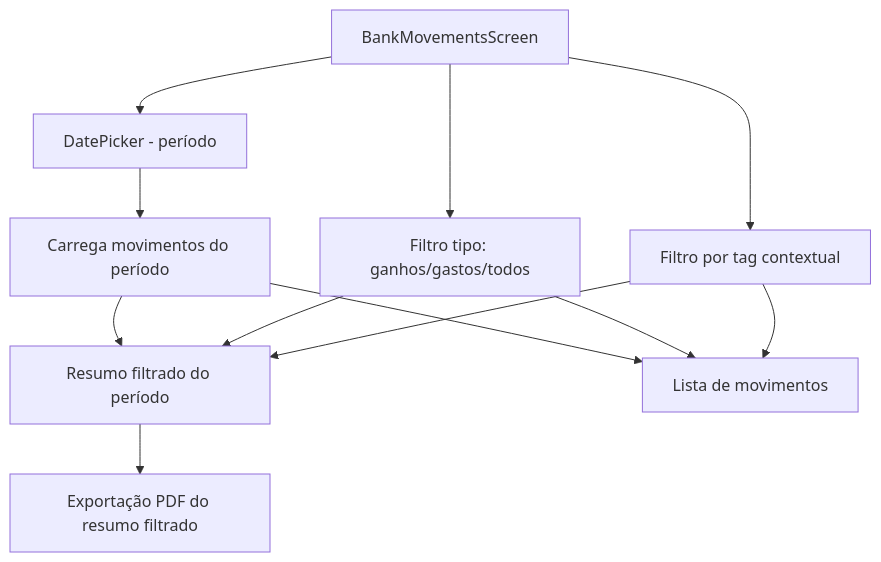
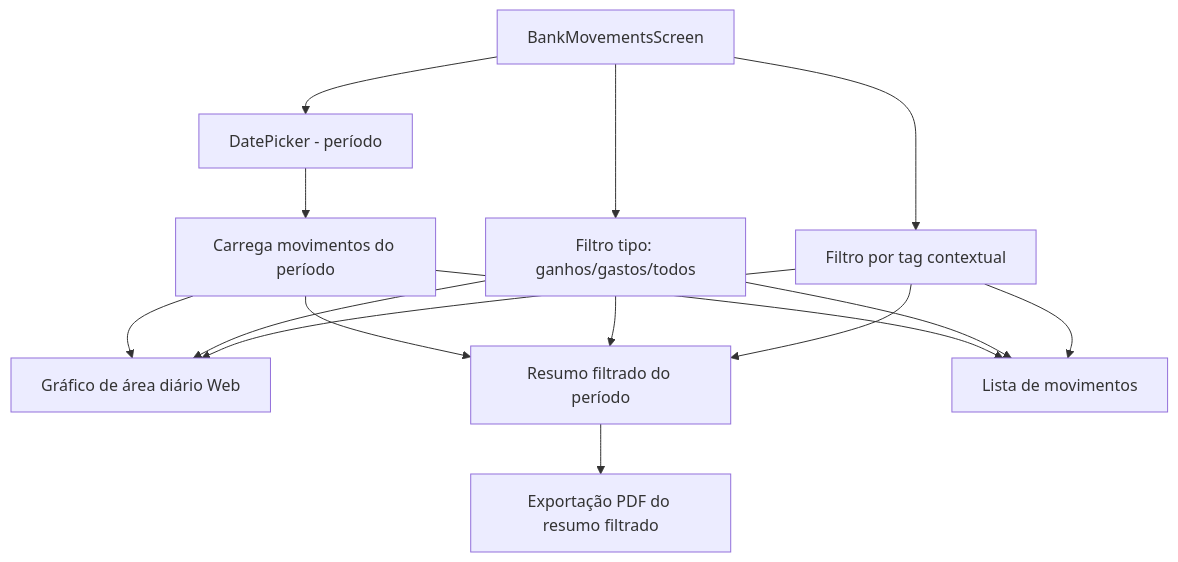
Before and after one commit to gabrielmazz/finances-app: the diagram in Arquitetura/Gerenciamento de Bancos.md, drawn with Mermaid. The commit also changed other lines of this file and 24 other files, not shown here.

````diff
--- a/Arquitetura/Gerenciamento de Bancos.md
+++ b/Arquitetura/Gerenciamento de Bancos.md
@@ -31,14 +31,17 @@
 ```mermaid
 graph TD
     BMS[BankMovementsScreen] --> DP[DatePicker - período]
     BMS --> FT[Filtro tipo: ganhos/gastos/todos]
     BMS --> FTG[Filtro por tag contextual]
     DP --> LOAD[Carrega movimentos do período]
+    LOAD --> CHART[Gráfico de área diário Web]
+    FT --> CHART
+    FTG --> CHART
     LOAD --> RESUMO[Resumo filtrado do período]
     RESUMO --> PDF[Exportação PDF do resumo filtrado]
     LOAD --> LIST[Lista de movimentos]
     FT --> RESUMO
     FTG --> RESUMO
     FT --> LIST
     FTG --> LIST
 ```
````
